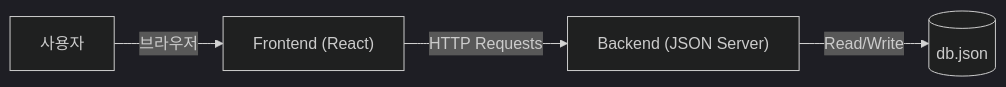
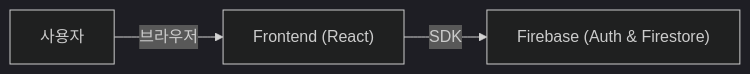
The diagram in doc/2_시스템_설계서.md (BBongSu/AdvanceKeep), drawn with Mermaid (dark theme) before and after one commit. The commit also changed other lines of this file and 11 other files, not shown here.

````diff
--- a/doc/2_시스템_설계서.md
+++ b/doc/2_시스템_설계서.md
@@ -7,6 +7,5 @@
 ```mermaid
 graph LR
     User[사용자] -- "브라우저" --> Frontend["Frontend (React)"]
-    Frontend -- "HTTP Requests" --> Backend["Backend (JSON Server)"]
-    Backend -- "Read/Write" --> Database[("db.json")]
+    Frontend -- "SDK" --> Firebase["Firebase (Auth & Firestore)"]
 ```
````
